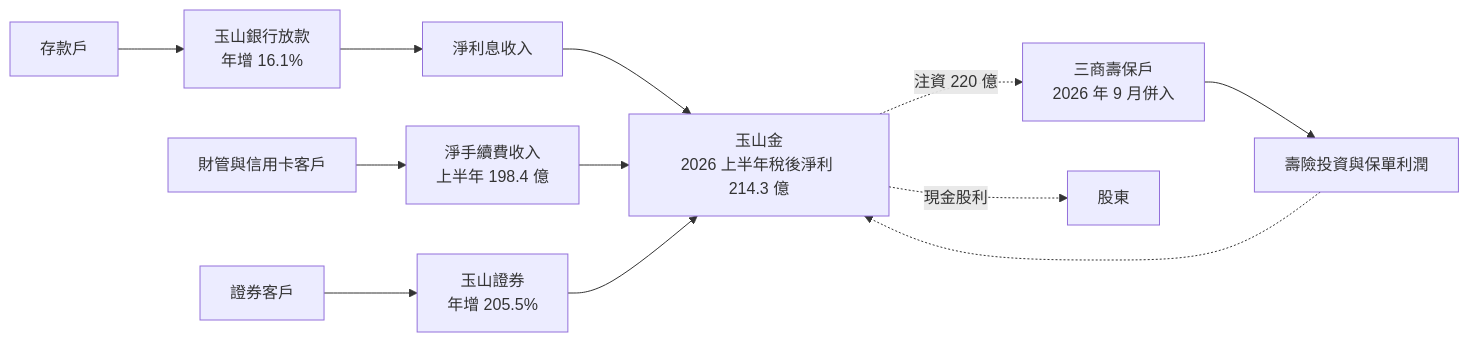
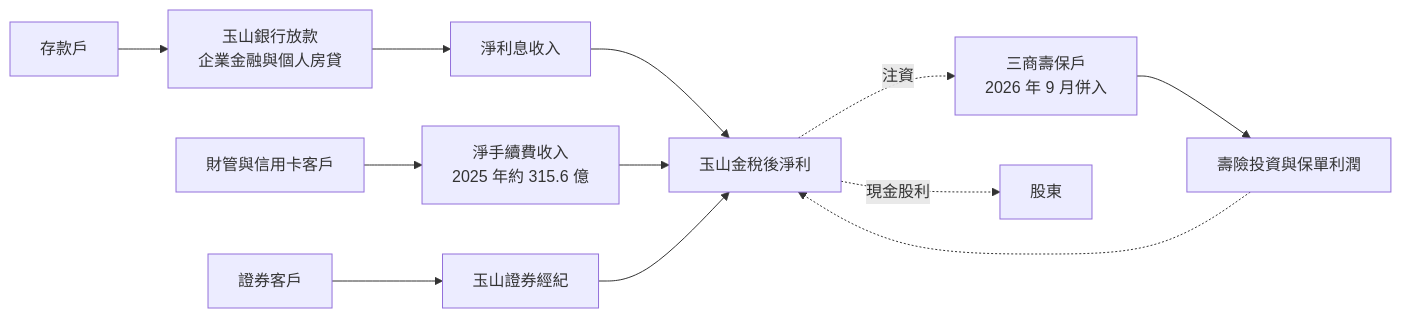
Before and after one commit to wangnick1004/taiwan-stock-vault: the second of 4 diagrams in 個股/台股/2884玉山金.md, drawn with Mermaid. The commit also changed other lines of this file and 12 other files, not shown here.

````diff
--- a/個股/台股/2884玉山金.md
+++ b/個股/台股/2884玉山金.md
@@ -71,14 +74,14 @@
 ```mermaid
 flowchart LR
-    A[存款戶] --> C[玉山銀行放款<br/>年增 16.1%]
+    A[存款戶] --> C[玉山銀行放款<br/>企業金融與個人房貸]
     C --> E[淨利息收入]
-    D[財管與信用卡客戶] --> F[淨手續費收入<br/>上半年 198.4 億]
-    G[證券客戶] --> H[玉山證券<br/>年增 205.5%]
-    I[三商壽保戶<br/>2026 年 9 月併入] --> J2[壽險投資與保單利潤]
-    E --> J[玉山金<br/>2026 上半年稅後淨利 214.3 億]
+    D[財管與信用卡客戶] --> F["淨手續費收入<br/>2025 年約 315.6 億"]
+    G[證券客戶] --> H[玉山證券經紀]
+    I["三商壽保戶<br/>2026 年 9 月併入"] --> J2[壽險投資與保單利潤]
+    E --> J[玉山金稅後淨利]
     F --> J
     H --> J
     J2 -.-> J
     J -. 現金股利 .-> K[股東]
-    J -. 注資 220 億 .-> I
+    J -. 注資 .-> I
 ```
````
